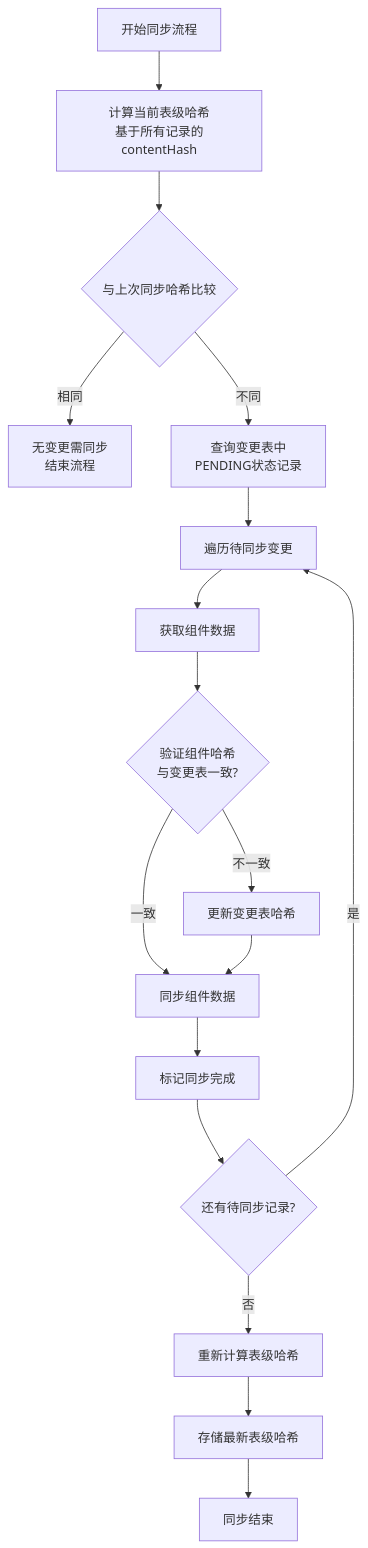
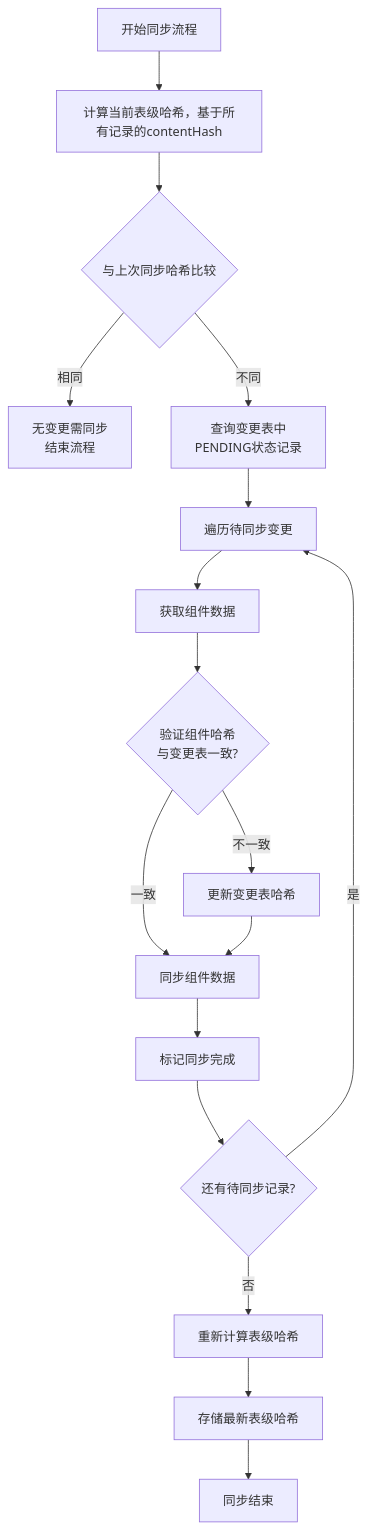
One commit to yingjianzh/iodraw-files changed the diagram in all/未命名-42.md. Above: the diagram before and after it, drawn with Mermaid.

Commit message:
2025-04-24 15:11:34 update

````diff
--- a/all/未命名-42.md
+++ b/all/未命名-42.md
@@ -1,25 +1,25 @@
 ```mermaid
 flowchart TD
-    Start[开始同步流程] --> CalcTableHash[计算当前表级哈希\n基于所有记录的contentHash]
+    Start[开始同步流程] --> CalcTableHash[计算当前表级哈希，基于所有记录的contentHash]
     
     CalcTableHash --> CompareLastSync{与上次同步哈希比较}
     CompareLastSync -- 相同 --> NoChanges[无变更需同步\n结束流程]
     CompareLastSync -- 不同 --> QueryPending[查询变更表中\nPENDING状态记录]
     
     QueryPending --> LoopChanges[遍历待同步变更]
     LoopChanges --> FetchComponent[获取组件数据]
     
     FetchComponent --> VerifyHash{验证组件哈希\n与变更表一致?}
     VerifyHash -- 一致 --> SyncData[同步组件数据]
     VerifyHash -- 不一致 --> UpdateChangeHash[更新变更表哈希]
     
     UpdateChangeHash --> SyncData
     SyncData --> MarkSynced[标记同步完成]
     
     MarkSynced --> NextChange{还有待同步记录?}
     NextChange -- 是 --> LoopChanges
     NextChange -- 否 --> RecalcTableHash[重新计算表级哈希]
     
     RecalcTableHash --> StoreTableHash[存储最新表级哈希]
     StoreTableHash --> End[同步结束]
 ```
````
